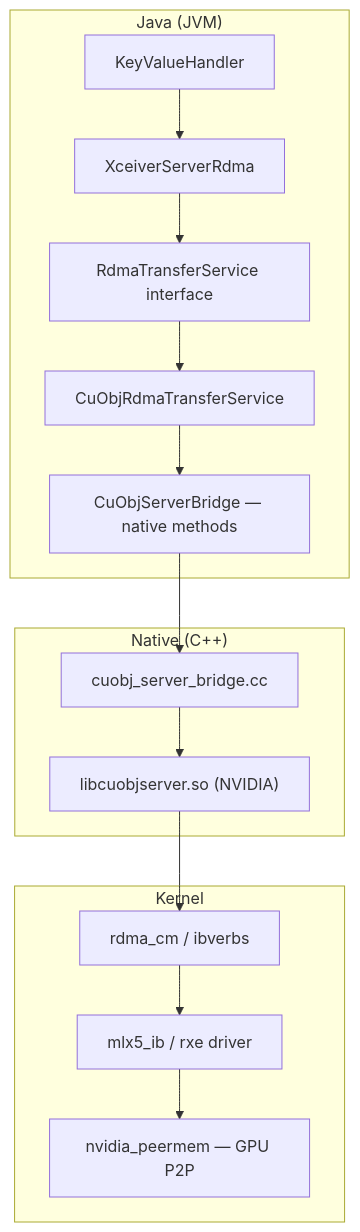
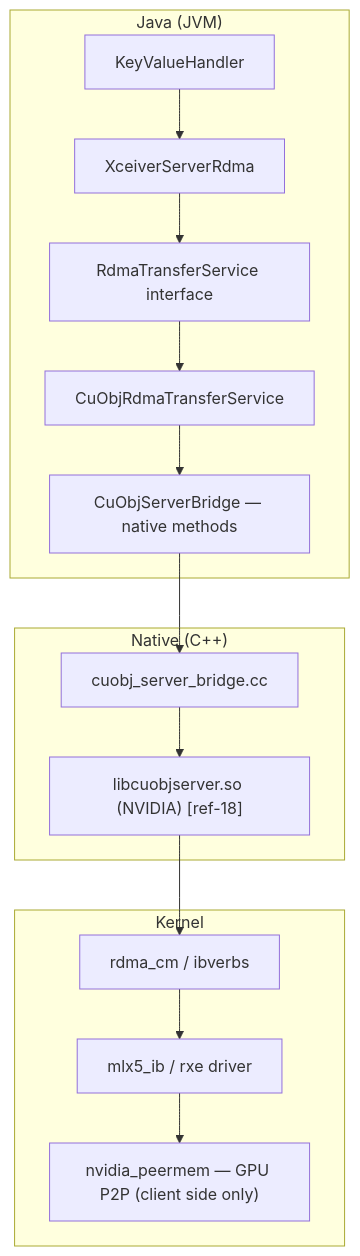
Diagram 16 of 17 in docs/gds-dn-direct-rdma-implementation-spec.md (ptlrs/ozone), drawn with Mermaid before and after one commit. The commit also changed other lines of this file, not shown here.

Commit message:
GPUDIRECT. Update GPUDirect Storage spec to version 3.0 with phased S3 GET RDMA integration details

````diff
--- a/docs/gds-dn-direct-rdma-implementation-spec.md
+++ b/docs/gds-dn-direct-rdma-implementation-spec.md
@@ -3159,18 +3099,18 @@
 ```mermaid
 graph TD
-subgraph "Java (JVM)"
-A[KeyValueHandler] --> B[XceiverServerRdma]
-B --> C[RdmaTransferService interface]
-C --> D[CuObjRdmaTransferService]
-D --> E[CuObjServerBridge — native methods]
-end
-subgraph "Native (C++)"
-E --> F[cuobj_server_bridge.cc]
-F --> G["libcuobjserver.so (NVIDIA)"]
-end
-subgraph "Kernel"
-G --> H[rdma_cm / ibverbs]
-H --> I[mlx5_ib / rxe driver]
-I --> J[nvidia_peermem — GPU P2P]
-end
+  subgraph "Java (JVM)"
+    A[KeyValueHandler] --> B[XceiverServerRdma]
+    B --> C[RdmaTransferService interface]
+    C --> D[CuObjRdmaTransferService]
+    D --> E["CuObjServerBridge — native methods"]
+  end
+  subgraph "Native (C++)"
+    E --> F[cuobj_server_bridge.cc]
+    F --> G["libcuobjserver.so (NVIDIA) [ref-18]"]
+  end
+  subgraph "Kernel"
+    G --> H[rdma_cm / ibverbs]
+    H --> I[mlx5_ib / rxe driver]
+    I --> J["nvidia_peermem — GPU P2P (client side only)"]
+  end
 ```
````
